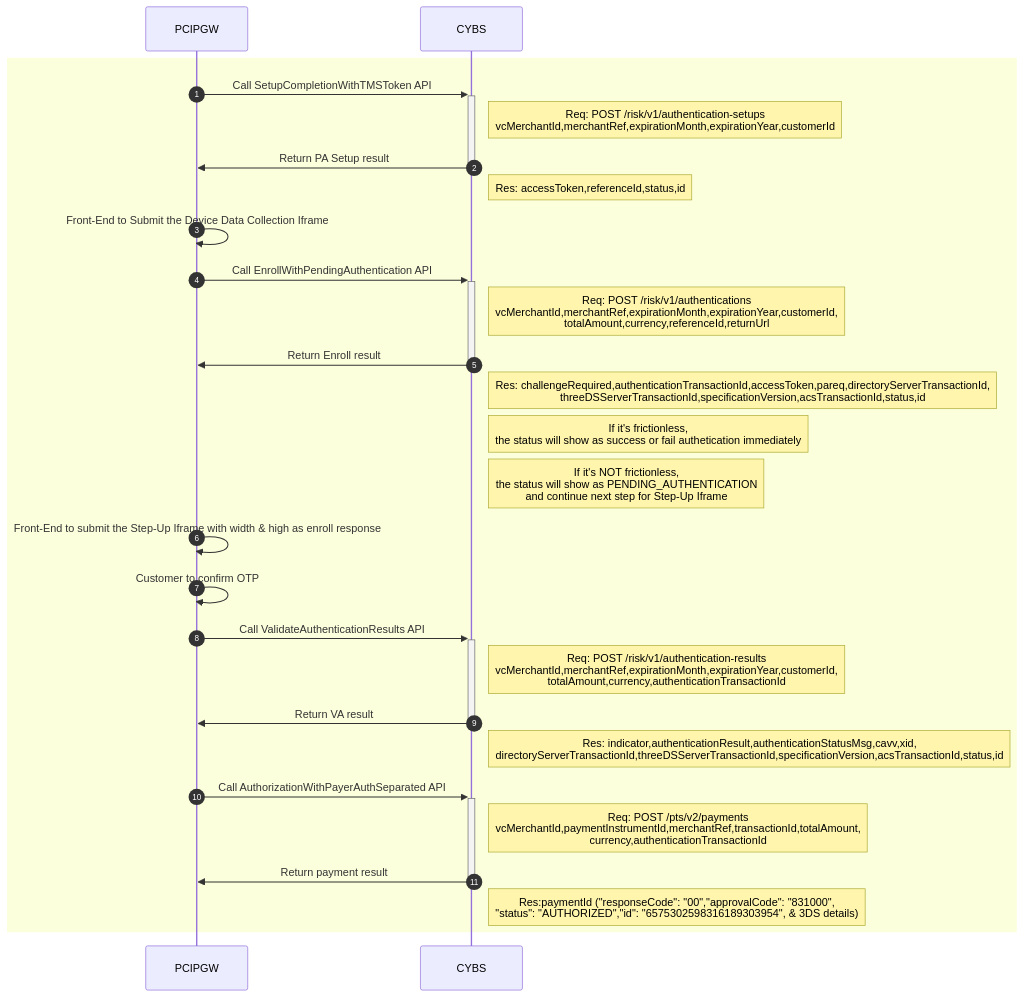
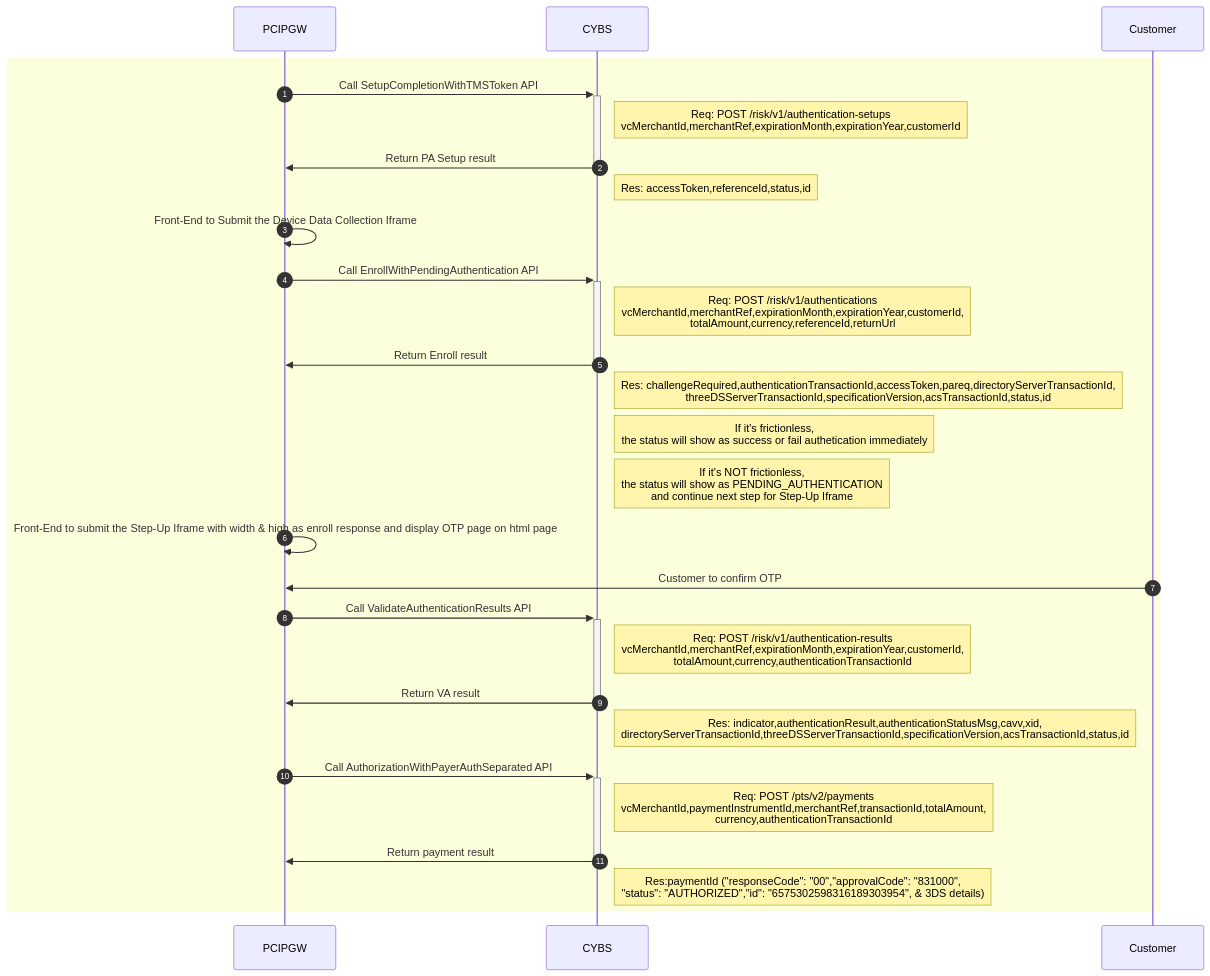
The fifth of 10 diagrams in Cybs-Ph2-Flow3.md (yuusuke25/MyNotes), drawn with Mermaid before and after one commit. The commit also changed other lines of this file, not shown here.

````diff
--- a/Cybs-Ph2-Flow3.md
+++ b/Cybs-Ph2-Flow3.md
@@ -92,35 +92,35 @@
 ```mermaid
     sequenceDiagram
     autonumber
         rect rgb(252, 255, 220)
             PCIPGW->>+CYBS:Call SetupCompletionWithTMSToken API
             Note right of CYBS: Req: POST /risk/v1/authentication-setups<br>vcMerchantId,merchantRef,expirationMonth,expirationYear,customerId
             CYBS->>-PCIPGW:Return PA Setup result
             Note right of CYBS: Res: accessToken,referenceId,status,id
             
             PCIPGW->>PCIPGW: Front-End to Submit the Device Data Collection Iframe
             
             PCIPGW->>+CYBS:Call EnrollWithPendingAuthentication API
             Note right of CYBS: Req: POST /risk/v1/authentications<br>vcMerchantId,merchantRef,expirationMonth,expirationYear,customerId,<br>totalAmount,currency,referenceId,returnUrl
             CYBS->>-PCIPGW:Return Enroll result
             Note right of CYBS: Res: challengeRequired,authenticationTransactionId,accessToken,pareq,directoryServerTransactionId,<br>threeDSServerTransactionId,specificationVersion,acsTransactionId,status,id
             
             Note right of CYBS: If it's frictionless,<br> the status will show as success or fail authetication immediately
             
             Note right of CYBS: If it's NOT frictionless,<br> the status will show as PENDING_AUTHENTICATION<br> and continue next step for Step-Up Iframe
             
-            PCIPGW->>PCIPGW: Front-End to submit the Step-Up Iframe with width & high as enroll response
+            PCIPGW->>PCIPGW: Front-End to submit the Step-Up Iframe with width & high as enroll response and display OTP page on html page
             
-            PCIPGW->>PCIPGW: Customer to confirm OTP
+            Customer->>PCIPGW: Customer to confirm OTP
             
             PCIPGW->>+CYBS:Call ValidateAuthenticationResults API
             Note right of CYBS: Req: POST /risk/v1/authentication-results<br>vcMerchantId,merchantRef,expirationMonth,expirationYear,customerId,<br>totalAmount,currency,authenticationTransactionId
             CYBS->>-PCIPGW:Return VA result
             Note right of CYBS: Res: indicator,authenticationResult,authenticationStatusMsg,cavv,xid,<br>directoryServerTransactionId,threeDSServerTransactionId,specificationVersion,acsTransactionId,status,id
             
             PCIPGW->>+CYBS:Call AuthorizationWithPayerAuthSeparated API
             Note right of CYBS: Req: POST /pts/v2/payments<br>vcMerchantId,paymentInstrumentId,merchantRef,transactionId,totalAmount,<br>currency,authenticationTransactionId
             CYBS->>-PCIPGW:Return payment result
             Note right of CYBS: Res:paymentId ("responseCode": "00","approvalCode": "831000",<BR>"status": "AUTHORIZED","id": "6575302598316189303954", & 3DS details)
         end
 ```
````
